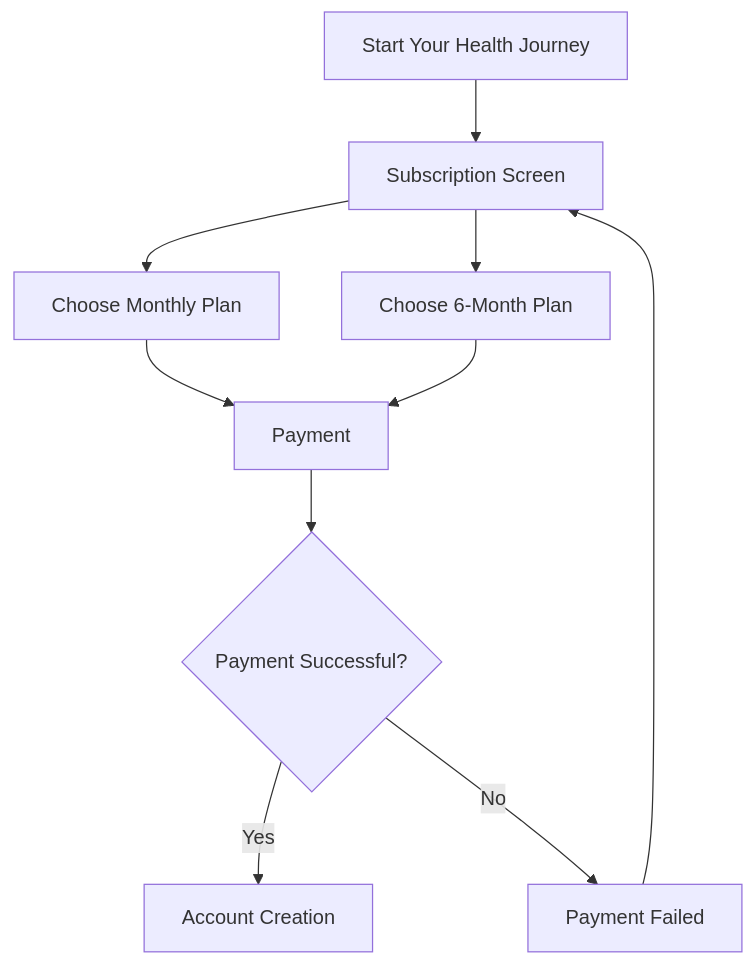
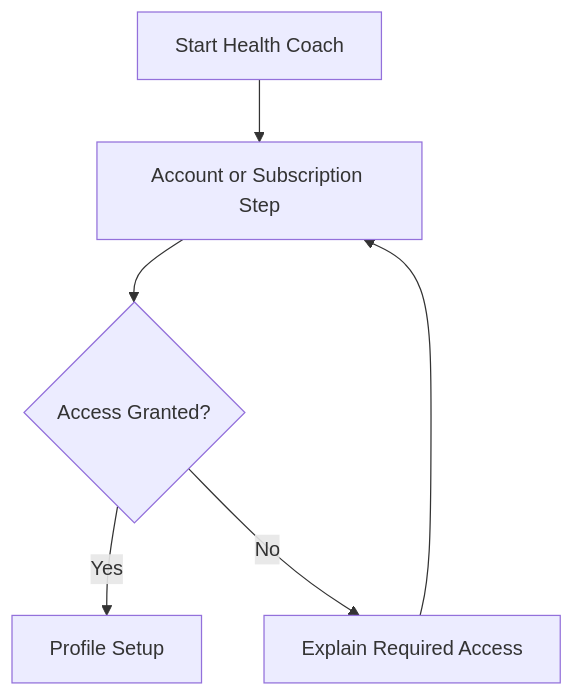
The third of 20 diagrams in docs/USER_FLOW.md (Yaroslavkukin/HealthCoach), drawn with Mermaid before and after one commit. The commit also changed other lines of this file and 20 other files, not shown here.

````diff
--- a/docs/USER_FLOW.md
+++ b/docs/USER_FLOW.md
@@ -256,12 +131,8 @@
 ```mermaid
 flowchart TD
-    A[Start Your Health Journey] --> B[Subscription Screen]
-    B --> C[Choose Monthly Plan]
-    B --> D[Choose 6-Month Plan]
-    C --> E[Payment]
-    D --> E
-    E --> F{Payment Successful?}
-    F -->|Yes| G[Account Creation]
-    F -->|No| H[Payment Failed]
-    H --> B
+    A[Start Health Coach] --> B[Account or Subscription Step]
+    B --> C{Access Granted?}
+    C -->|Yes| D[Profile Setup]
+    C -->|No| E[Explain Required Access]
+    E --> B
 ```
````
